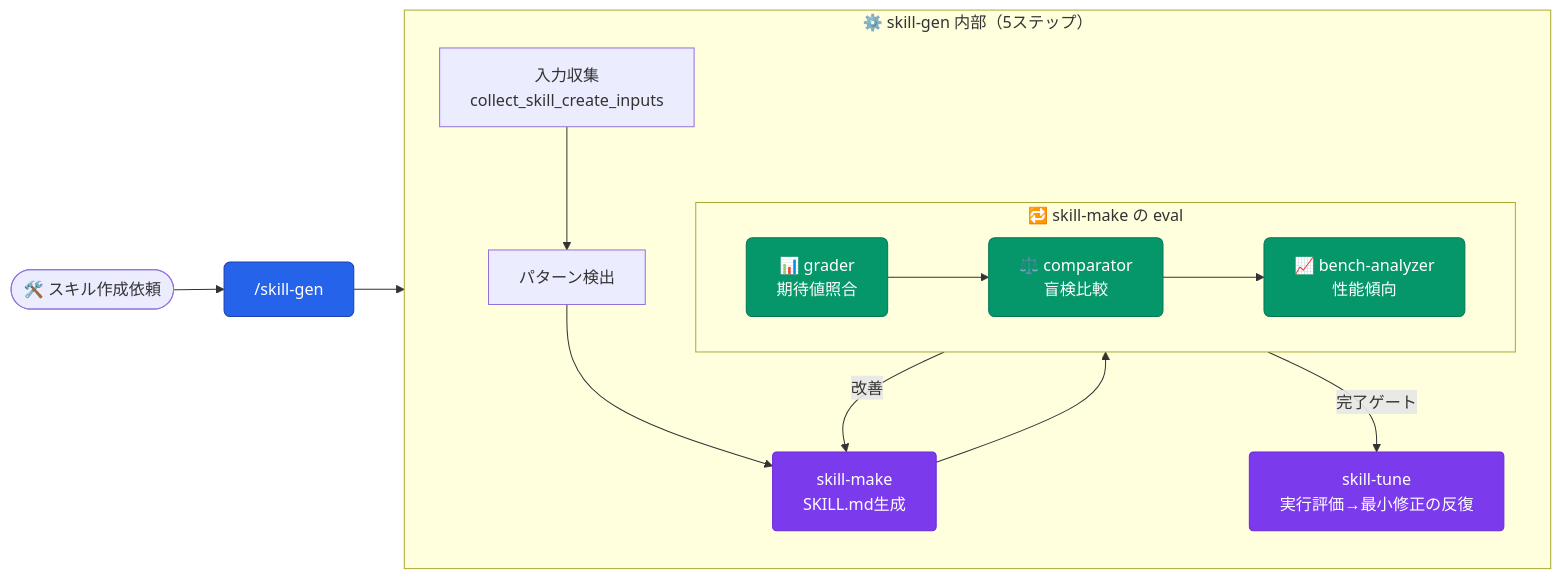
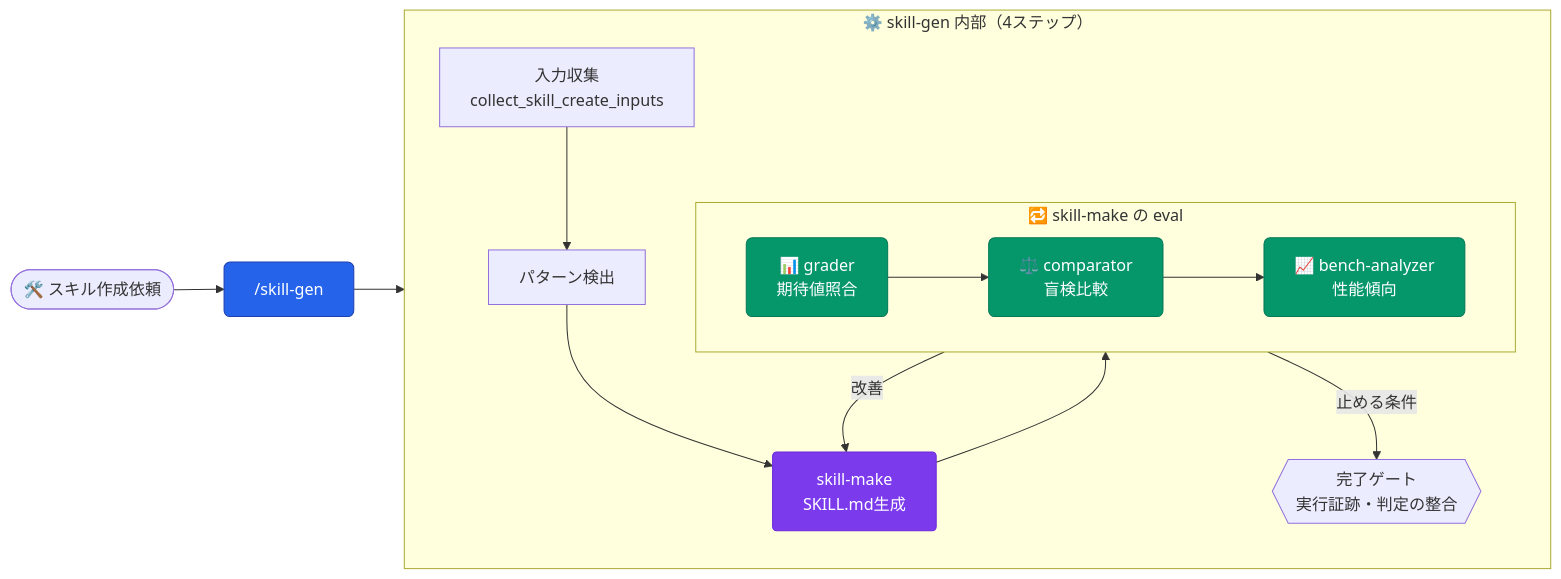
Before and after one commit to aokumablue/claq: diagram 12 of 19 in README.md, drawn with Mermaid. The commit also changed other lines of this file and 8 other files, not shown here.

First line of the commit message:
docs(skill-gen): 改善ループを skill-make の 1 本にし、eval の生成元・消費者の無い欄を除く

````diff
--- a/README.md
+++ b/README.md
@@ -551,26 +551,26 @@
 ```mermaid
 flowchart LR
   classDef cmd    fill:#2563eb,stroke:#1e40af,color:#fff,rx:6
   classDef agent  fill:#059669,stroke:#047857,color:#fff,rx:6
   classDef skill  fill:#7c3aed,stroke:#6d28d9,color:#fff,rx:4
 
   U(["🛠️ スキル作成依頼"]) --> CSG["/skill-gen"]:::cmd
 
-  subgraph skillgen["⚙️ skill-gen 内部（5ステップ）"]
+  subgraph skillgen["⚙️ skill-gen 内部（4ステップ）"]
     direction TB
     COL["入力収集<br/>collect_skill_create_inputs"] --> PAT["パターン検出"]
     PAT --> SM["skill-make<br/>SKILL.md生成"]:::skill
 
     subgraph loop["🔁 skill-make の eval"]
       direction LR
       AG["📊 grader<br/>期待値照合"]:::agent --> AC["⚖️ comparator<br/>盲検比較"]:::agent
       AC --> AA["📈 bench-analyzer<br/>性能傾向"]:::agent
     end
 
     SM --> loop
     loop -->|"改善"| SM
-    loop -->|"完了ゲート"| ST["skill-tune<br/>実行評価→最小修正の反復"]:::skill
+    loop -->|"止める条件"| GATE{{"完了ゲート<br/>実行証跡・判定の整合"}}
   end
 
   CSG --> skillgen
 ```
````
